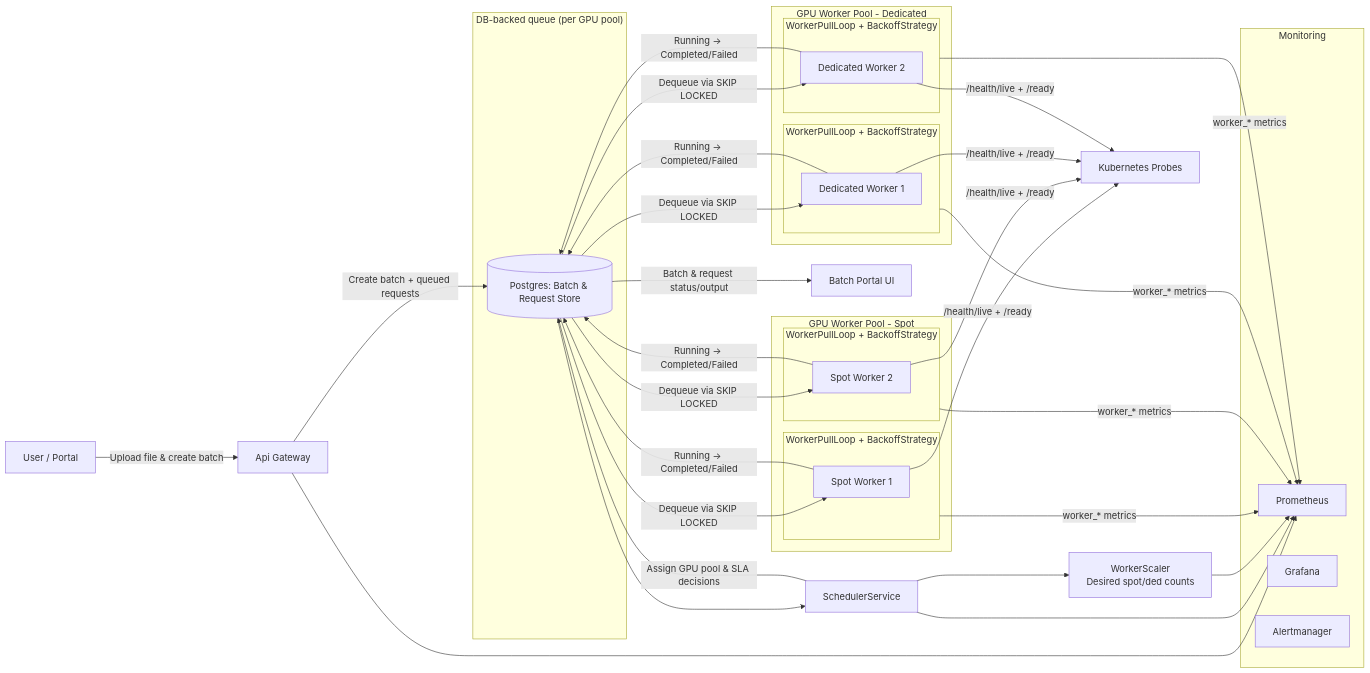
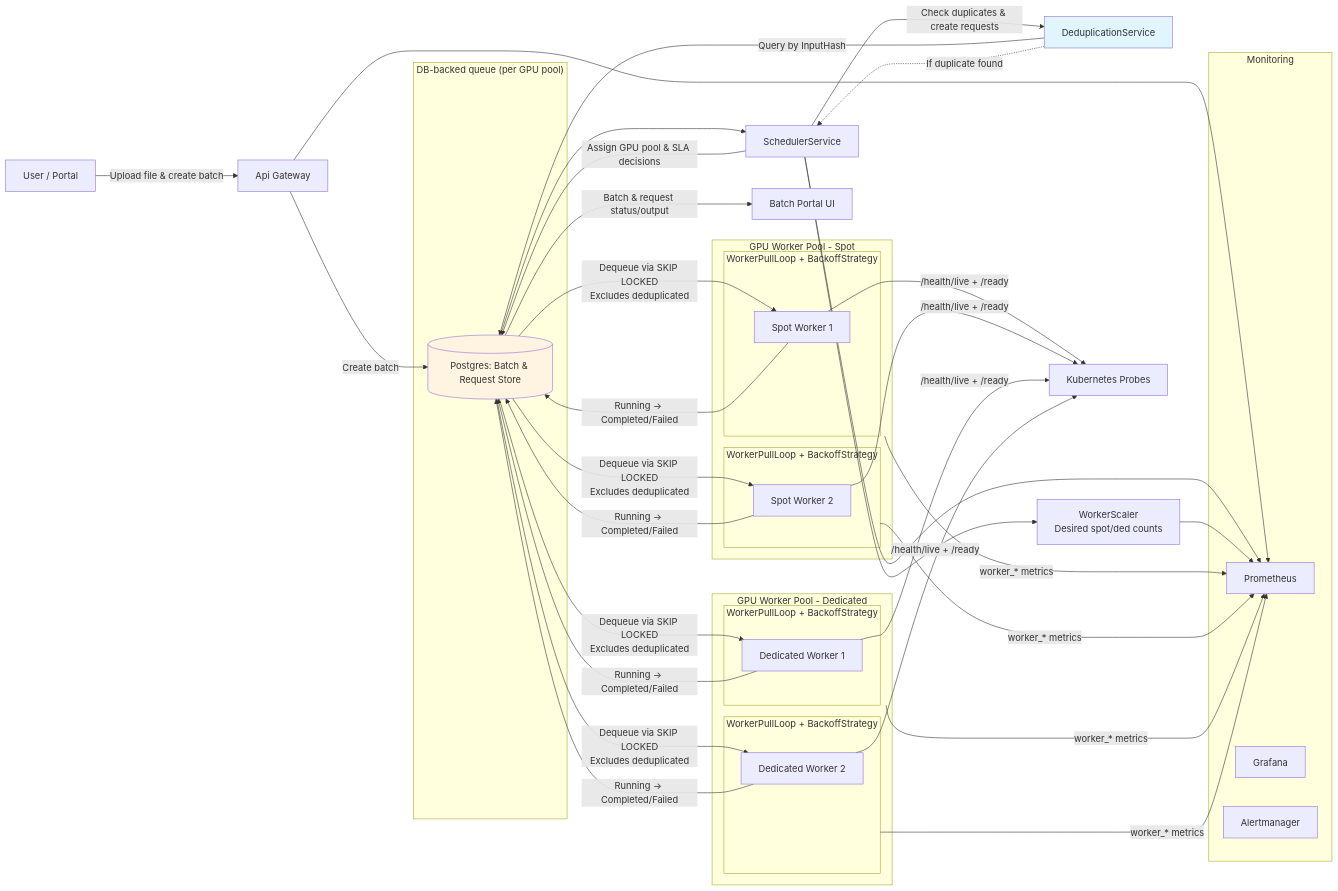
One commit to mmeshref/batch-inference-poc changed the diagram in README.md. Above: the diagram before and after it, drawn with Mermaid. The commit also changed other lines of this file and 23 other files, not shown here.

````diff
--- a/README.md
+++ b/README.md
@@ -269,62 +293,68 @@
 ```mermaid
 flowchart LR
     A[User / Portal] -->|Upload file & create batch| B[Api Gateway]
-    B -->|Create batch + queued requests| C[(Postgres: Batch & Request Store)]
+    B -->|Create batch| C[(Postgres: Batch & Request Store)]
 
     subgraph Queue["DB-backed queue (per GPU pool)"]
         C
     end
 
     C --> D[SchedulerService]
+    D -->|Check duplicates & create requests| DD[DeduplicationService]
+    DD -->|Query by InputHash| C
+    DD -.->|If duplicate found| D
     D -->|Assign GPU pool & SLA decisions| C
     D --> WS[WorkerScaler<br/>Desired spot/ded counts]
 
     subgraph SpotWorkers["GPU Worker Pool - Spot"]
         subgraph SP1["WorkerPullLoop + BackoffStrategy"]
             E1[Spot Worker 1]
         end
         subgraph SP2["WorkerPullLoop + BackoffStrategy"]
             E2[Spot Worker 2]
         end
     end
 
     subgraph DedicatedWorkers["GPU Worker Pool - Dedicated"]
         subgraph DP1["WorkerPullLoop + BackoffStrategy"]
             F1[Dedicated Worker 1]
         end
         subgraph DP2["WorkerPullLoop + BackoffStrategy"]
             F2[Dedicated Worker 2]
         end
     end
 
-    C -->|Dequeue via SKIP LOCKED| E1
-    C -->|Dequeue via SKIP LOCKED| E2
-    C -->|Dequeue via SKIP LOCKED| F1
-    C -->|Dequeue via SKIP LOCKED| F2
+    C -->|Dequeue via SKIP LOCKED<br/>Excludes deduplicated| E1
+    C -->|Dequeue via SKIP LOCKED<br/>Excludes deduplicated| E2
+    C -->|Dequeue via SKIP LOCKED<br/>Excludes deduplicated| F1
+    C -->|Dequeue via SKIP LOCKED<br/>Excludes deduplicated| F2
 
     E1 -->|Running → Completed/Failed| C
     E2 -->|Running → Completed/Failed| C
     F1 -->|Running → Completed/Failed| C
     F2 -->|Running → Completed/Failed| C
 
     E1 -->|/health/live + /ready| K[Kubernetes Probes]
     E2 -->|/health/live + /ready| K
     F1 -->|/health/live + /ready| K
     F2 -->|/health/live + /ready| K
 
     subgraph Monitoring
         G[Prometheus]
         H[Grafana]
         I[Alertmanager]
     end
 
     B --> G
     D --> G
     WS --> G
     SP1 -->|worker_* metrics| G
     SP2 -->|worker_* metrics| G
     DP1 -->|worker_* metrics| G
     DP2 -->|worker_* metrics| G
 
     C -->|Batch & request status/output| J[Batch Portal UI]
+    
+    style DD fill:#e1f5ff
+    style C fill:#fff4e1
 ```
````
